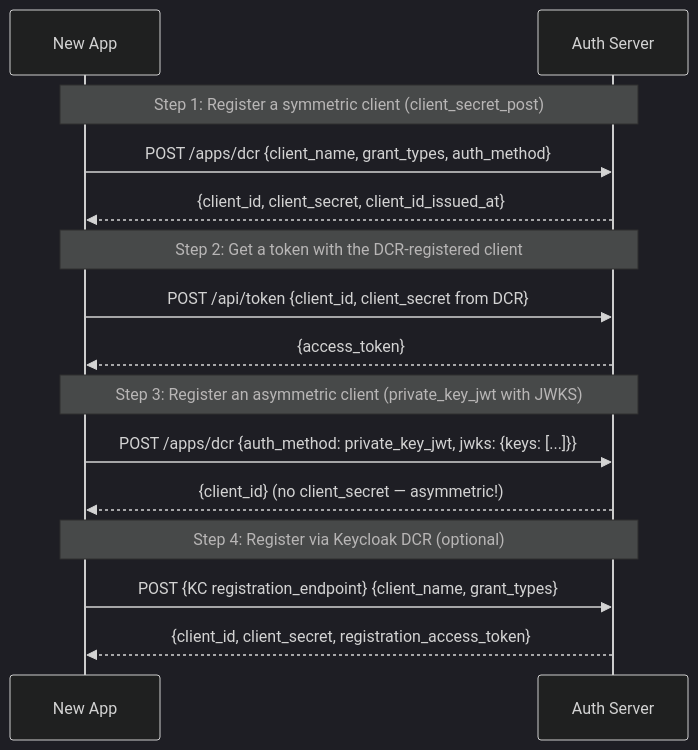
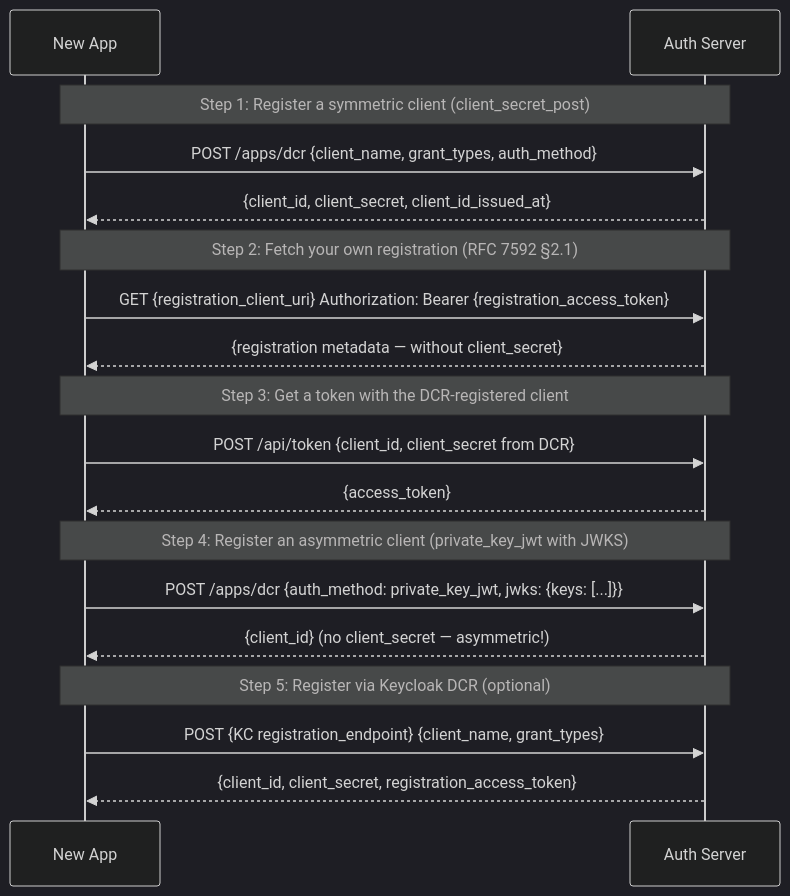
The diagram in examples/06-dynamic-client-registration/WALKTHROUGH.md (panyam/oneauth), drawn with Mermaid (dark theme) before and after one commit. The commit also changed other lines of this file and 15 other files, not shown here.

First line of the commit message:
feat(admin): RFC 7592 foundation + GET /apps/dcr/{client_id} (#168)

````diff
--- a/examples/06-dynamic-client-registration/WALKTHROUGH.md
+++ b/examples/06-dynamic-client-registration/WALKTHROUGH.md
@@ -14,21 +15,25 @@
 ```mermaid
 sequenceDiagram
     participant App as New App
     participant AS as Auth Server
 
     Note over App,AS: Step 1: Register a symmetric client (client_secret_post)
     App->>AS: POST /apps/dcr {client_name, grant_types, auth_method}
     AS-->>App: {client_id, client_secret, client_id_issued_at}
 
-    Note over App,AS: Step 2: Get a token with the DCR-registered client
+    Note over App,AS: Step 2: Fetch your own registration (RFC 7592 §2.1)
+    App->>AS: GET {registration_client_uri}  Authorization: Bearer {registration_access_token}
+    AS-->>App: {registration metadata — without client_secret}
+
+    Note over App,AS: Step 3: Get a token with the DCR-registered client
     App->>AS: POST /api/token {client_id, client_secret from DCR}
     AS-->>App: {access_token}
 
-    Note over App,AS: Step 3: Register an asymmetric client (private_key_jwt with JWKS)
+    Note over App,AS: Step 4: Register an asymmetric client (private_key_jwt with JWKS)
     App->>AS: POST /apps/dcr {auth_method: private_key_jwt, jwks: {keys: [...]}}
     AS-->>App: {client_id} (no client_secret — asymmetric!)
 
-    Note over App,AS: Step 4: Register via Keycloak DCR (optional)
+    Note over App,AS: Step 5: Register via Keycloak DCR (optional)
     App->>AS: POST {KC registration_endpoint} {client_name, grant_types}
     AS-->>App: {client_id, client_secret, registration_access_token}
 ```
````
